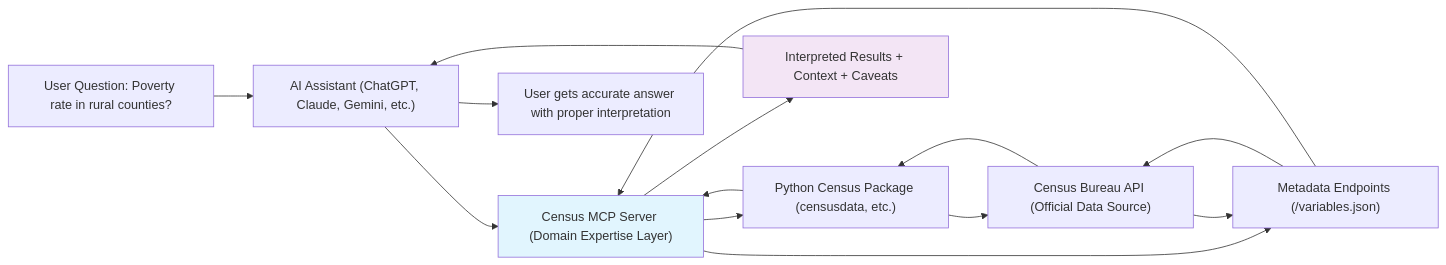
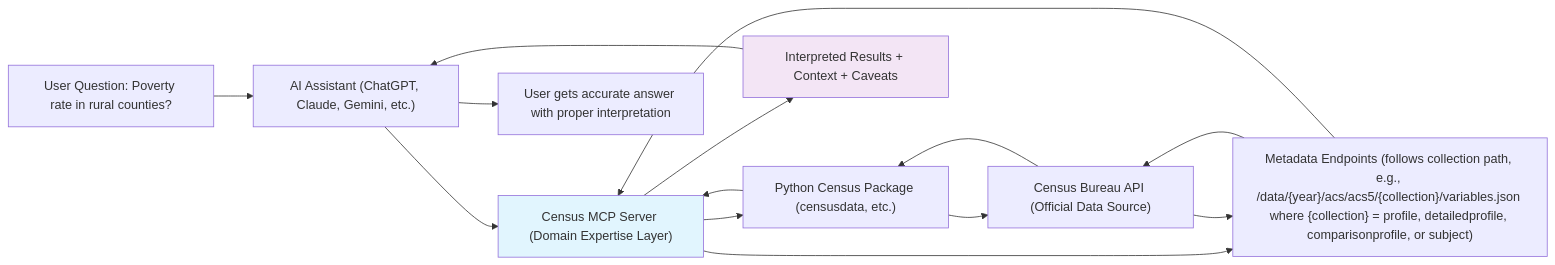
Before and after one commit to saikrmet/open-census-mcp-server: the diagram in README.md, drawn with Mermaid. The commit also changed other lines of this file, not shown here.

````diff
--- a/README.md
+++ b/README.md
@@ -28,19 +28,19 @@
 ```mermaid
 graph LR
     A["User Question: Poverty rate in rural counties?"] --> B["AI Assistant (ChatGPT, Claude, Gemini, etc.)"]
     B --> C["Census MCP Server (Domain Expertise Layer)"]
     C --> D["Python Census Package (censusdata, etc.)"]
-    C --> H["Metadata Endpoints (/variables.json)"]
+    C --> H["Metadata Endpoints (follows collection path, e.g., /data/{year}/acs/acs5/{collection}/variables.json where {collection} = profile, detailedprofile, comparisonprofile, or subject)"]
     D --> E["Census Bureau API (Official Data Source)"]
     H --> E
     E --> D
     E --> H
     D --> C
     H --> C
     C --> F["Interpreted Results + Context + Caveats"]
     F --> B
     B --> G["User gets accurate answer with proper interpretation"]
     
     style C fill:#e1f5fe
     style F fill:#f3e5f5
 ```
````
